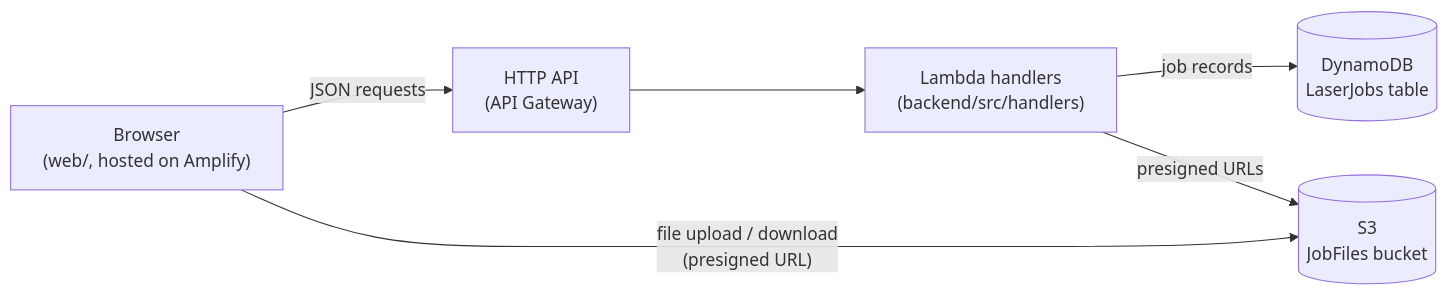
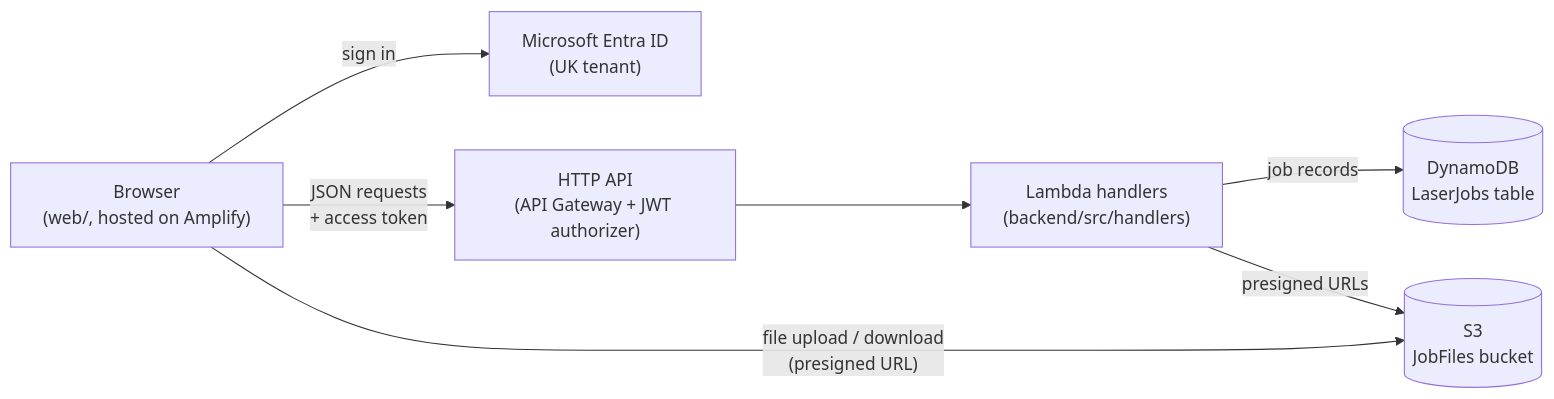
Before and after one commit to AWS-SBG-at-the-University-of-Kentucky/innovation-center-laser-queue: the first of 3 diagrams in docs/architecture.md, drawn with Mermaid. The commit also changed other lines of this file and 22 other files, not shown here.

First line of the commit message:
Require UK sign-in and staff roles for queue access

````diff
--- a/docs/architecture.md
+++ b/docs/architecture.md
@@ -9,13 +9,15 @@
 ```mermaid
 flowchart LR
   Browser["Browser<br/>(web/, hosted on Amplify)"]
-  API["HTTP API<br/>(API Gateway)"]
+  Entra["Microsoft Entra ID<br/>(UK tenant)"]
+  API["HTTP API<br/>(API Gateway + JWT authorizer)"]
   Lambdas["Lambda handlers<br/>(backend/src/handlers)"]
   DDB[("DynamoDB<br/>LaserJobs table")]
   S3[("S3<br/>JobFiles bucket")]
 
-  Browser -- JSON requests --> API --> Lambdas
+  Browser -- sign in --> Entra
+  Browser -- "JSON requests<br/>+ access token" --> API --> Lambdas
   Lambdas -- job records --> DDB
   Lambdas -- presigned URLs --> S3
   Browser -- "file upload / download<br/>(presigned URL)" --> S3
 ```
````
